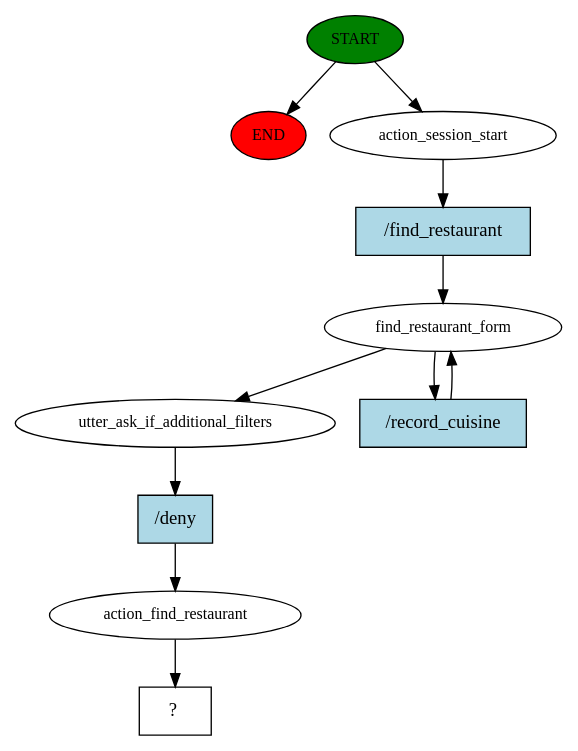
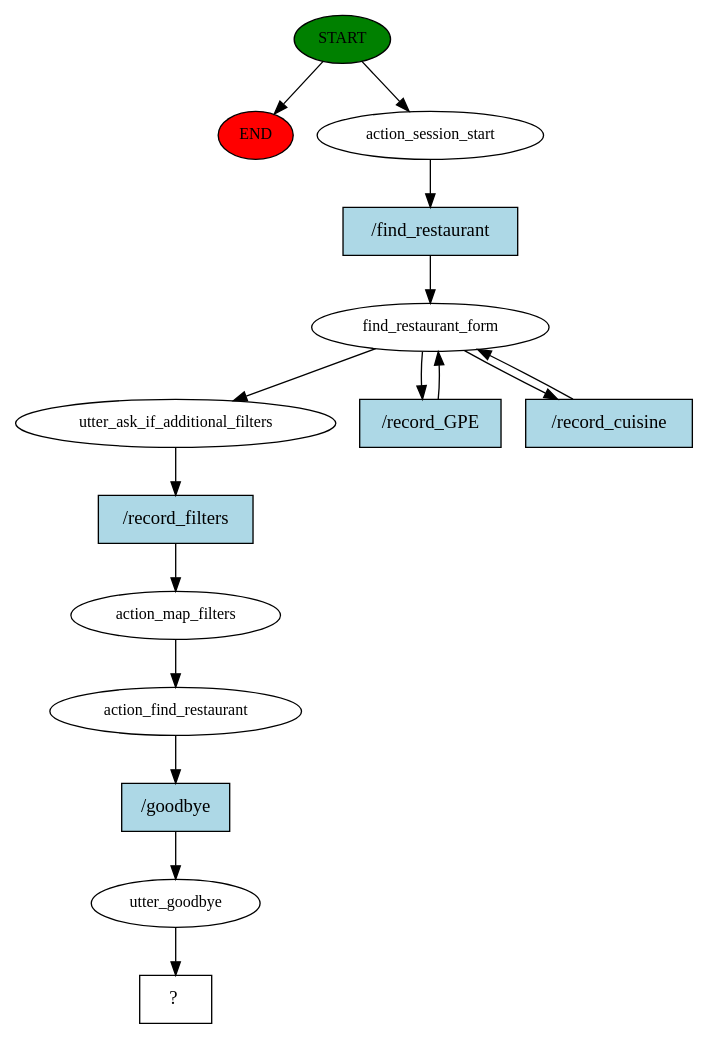
Before and after one commit to AsiaSzych/IU_Voice_Assistants: the diagram in rasa_chatbot/story_graph.dot, drawn with Graphviz. The commit also changed 10 other files, not shown here.

Commit message:
add options to find_restaurant options

```diff
--- a/rasa_chatbot/story_graph.dot
+++ b/rasa_chatbot/story_graph.dot
@@ -1,22 +1,31 @@
 digraph  {
 0 [class="start active", fillcolor=green, fontsize=12, label=START, style=filled];
 "-1" [class=end, fillcolor=red, fontsize=12, label=END, style=filled];
 1 [class=active, fontsize=12, label=action_session_start];
 2 [class=active, fontsize=12, label=find_restaurant_form];
-4 [class=active, fontsize=12, label=utter_ask_if_additional_filters];
-5 [class=active, fontsize=12, label=action_find_restaurant];
-6 [class="intent dashed active", label="  ?  ", shape=rect];
-7 [class="intent active", fillcolor=lightblue, label="/find_restaurant", shape=rect, style=filled];
-8 [class="intent active", fillcolor=lightblue, label="/record_cuisine", shape=rect, style=filled];
-9 [class="intent active", fillcolor=lightblue, label="/deny", shape=rect, style=filled];
+5 [class=active, fontsize=12, label=utter_ask_if_additional_filters];
+6 [class=active, fontsize=12, label=action_map_filters];
+7 [class=active, fontsize=12, label=action_find_restaurant];
+8 [class=active, fontsize=12, label=utter_goodbye];
+9 [class="intent dashed active", label="  ?  ", shape=rect];
+10 [class="intent active", fillcolor=lightblue, label="/find_restaurant", shape=rect, style=filled];
+11 [class="intent active", fillcolor=lightblue, label="/record_GPE", shape=rect, style=filled];
+12 [class="intent active", fillcolor=lightblue, label="/record_cuisine", shape=rect, style=filled];
+13 [class="intent active", fillcolor=lightblue, label="/record_filters", shape=rect, style=filled];
+14 [class="intent active", fillcolor=lightblue, label="/goodbye", shape=rect, style=filled];
 0 -> "-1"  [class="", key=NONE, label=""];
 0 -> 1  [class=active, key=NONE, label=""];
-1 -> 7  [class=active, key=0];
-2 -> 4  [class=active, key=NONE, label=""];
-2 -> 8  [class=active, key=0];
-4 -> 9  [class=active, key=0];
-5 -> 6  [class=active, key=NONE, label=""];
-7 -> 2  [class=active, key=0];
-8 -> 2  [class=active, key=0];
-9 -> 5  [class=active, key=0];
+1 -> 10  [class=active, key=0];
+2 -> 5  [class=active, key=NONE, label=""];
+2 -> 11  [class=active, key=0];
+2 -> 12  [class=active, key=0];
+5 -> 13  [class=active, key=0];
+6 -> 7  [class=active, key=NONE, label=""];
+7 -> 14  [class=active, key=0];
+8 -> 9  [class=active, key=NONE, label=""];
+10 -> 2  [class=active, key=0];
+11 -> 2  [class=active, key=0];
+12 -> 2  [class=active, key=0];
+13 -> 6  [class=active, key=0];
+14 -> 8  [class=active, key=0];
 }
```
